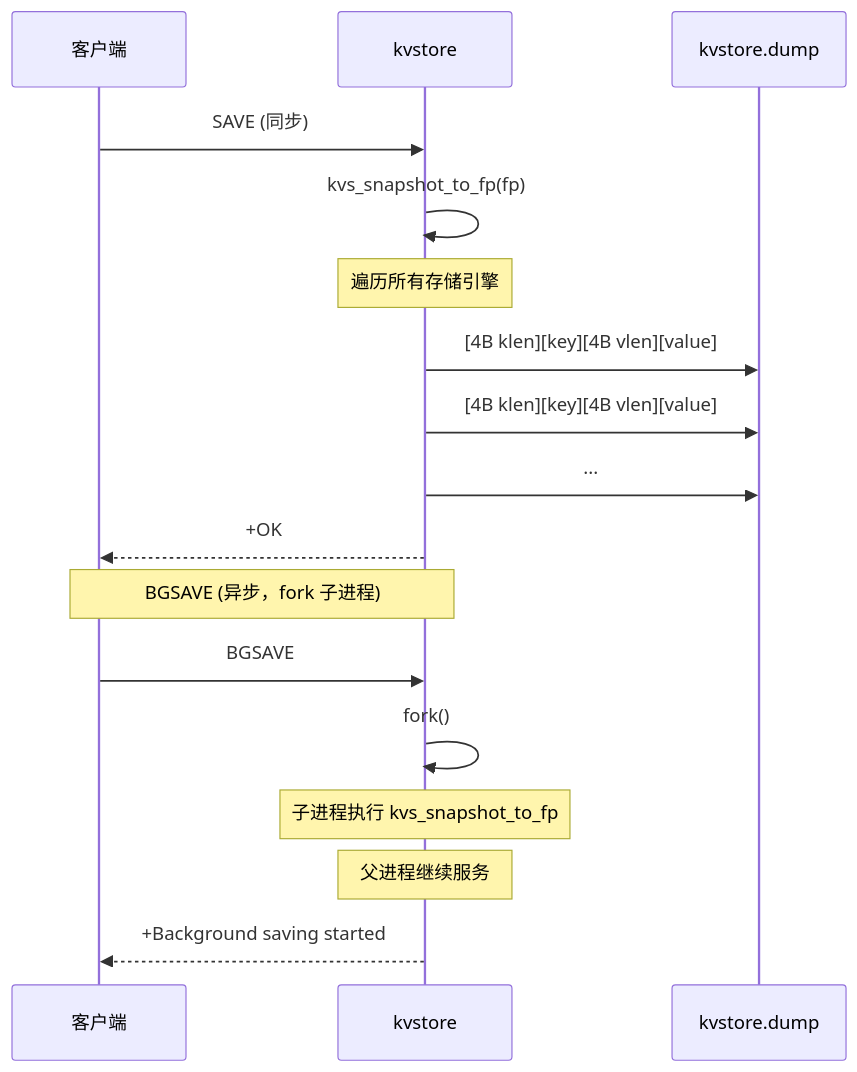
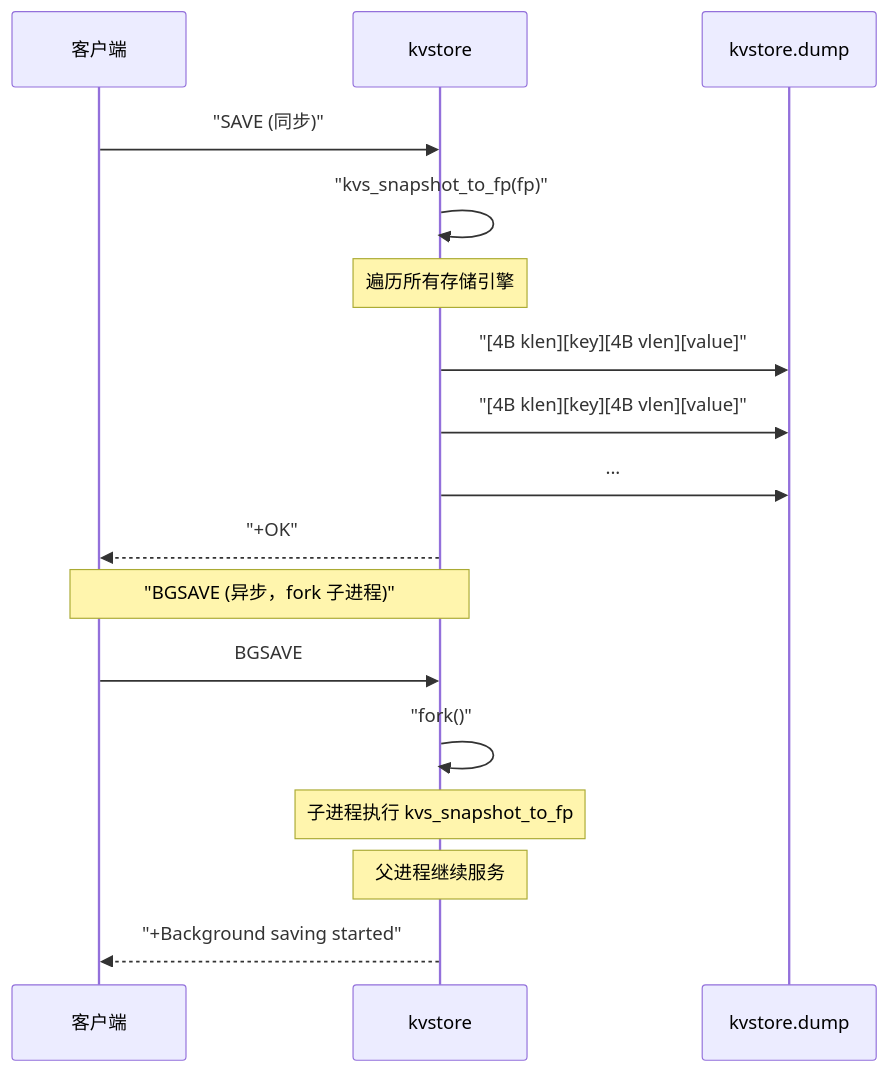
Before and after one commit to robotlover-1/kvstore: the sixth of 15 diagrams in README.md, drawn with Mermaid. The commit also changed other lines of this file, not shown here.

First line of the commit message:
docs: 修复 mermaid sequence diagram 特殊字符渲染

````diff
--- a/README.md
+++ b/README.md
@@ -1051,21 +1051,21 @@
 ```mermaid
 sequenceDiagram
     participant C as 客户端
     participant K as kvstore
     participant F as kvstore.dump
 
-    C->>K: SAVE (同步)
-    K->>K: kvs_snapshot_to_fp(fp)
+    C->>K: "SAVE (同步)"
+    K->>K: "kvs_snapshot_to_fp(fp)"
     Note over K: 遍历所有存储引擎
-    K->>F: [4B klen][key][4B vlen][value]
-    K->>F: [4B klen][key][4B vlen][value]
+    K->>F: "[4B klen][key][4B vlen][value]"
+    K->>F: "[4B klen][key][4B vlen][value]"
     K->>F: ...
-    K-->>C: +OK
+    K-->>C: "+OK"
 
-    Note over C,K: BGSAVE (异步，fork 子进程)
+    Note over C,K: "BGSAVE (异步，fork 子进程)"
     C->>K: BGSAVE
-    K->>K: fork()
+    K->>K: "fork()"
     Note over K: 子进程执行 kvs_snapshot_to_fp
     Note over K: 父进程继续服务
-    K-->>C: +Background saving started
+    K-->>C: "+Background saving started"
 ```
````
